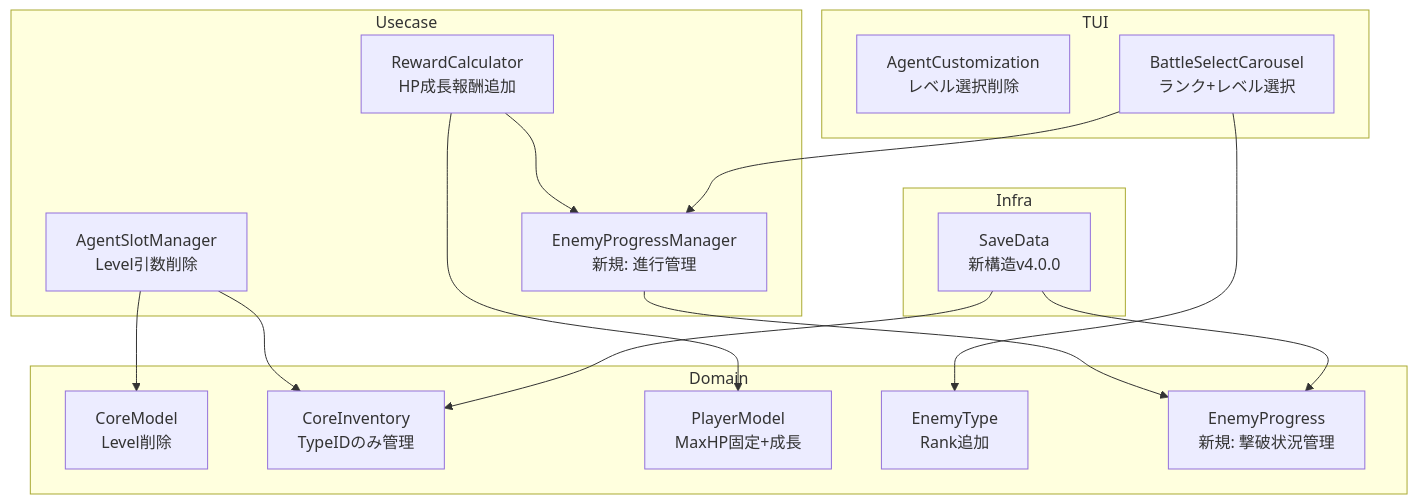
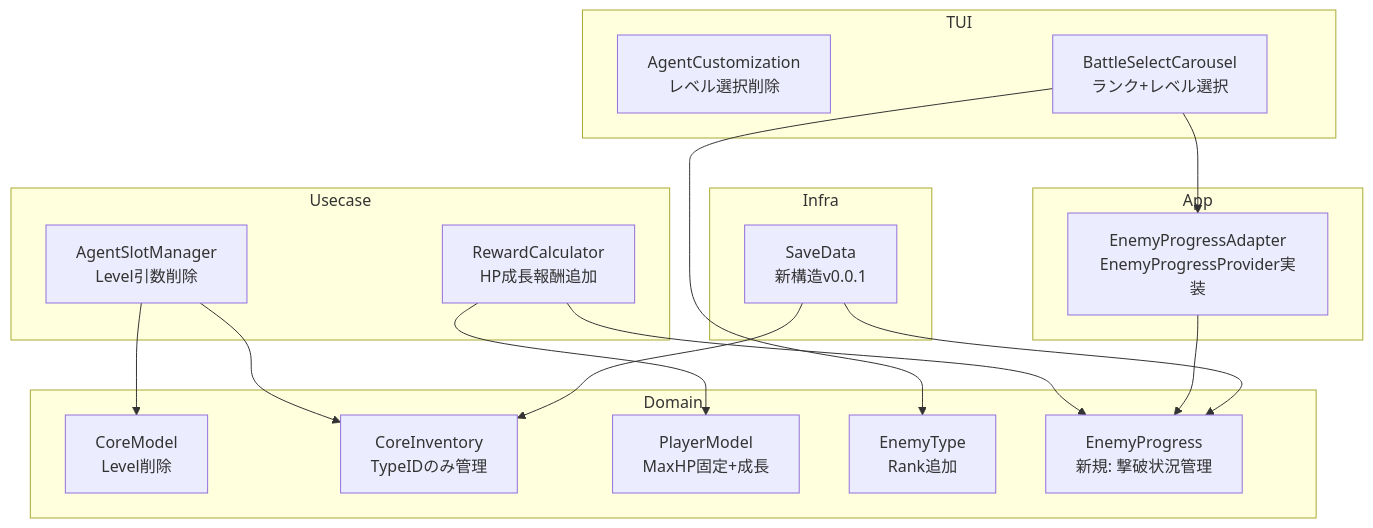
Before and after one commit to hirorocky/BlitzTypingOperator: the first of 4 diagrams in .kiro/specs/core-level-removal/design.md, drawn with Mermaid. The commit also changed other lines of this file and 6 other files, not shown here.

````diff
--- a/.kiro/specs/core-level-removal/design.md
+++ b/.kiro/specs/core-level-removal/design.md
@@ -41,35 +41,38 @@
 ```mermaid
 graph TB
     subgraph Domain
         CoreModel[CoreModel<br>Level削除]
         CoreInventory[CoreInventory<br>TypeIDのみ管理]
         PlayerModel[PlayerModel<br>MaxHP固定+成長]
         EnemyType[EnemyType<br>Rank追加]
         EnemyProgress[EnemyProgress<br>新規: 撃破状況管理]
     end
 
     subgraph Usecase
         SlotManager[AgentSlotManager<br>Level引数削除]
         RewardCalc[RewardCalculator<br>HP成長報酬追加]
-        ProgressManager[EnemyProgressManager<br>新規: 進行管理]
+    end
+
+    subgraph App
+        ProgressAdapter[EnemyProgressAdapter<br>EnemyProgressProvider実装]
     end
 
     subgraph Infra
-        SaveData[SaveData<br>新構造v4.0.0]
+        SaveData[SaveData<br>新構造v0.0.1]
     end
 
     subgraph TUI
         AgentCustom[AgentCustomization<br>レベル選択削除]
         BattleSelect[BattleSelectCarousel<br>ランク+レベル選択]
     end
 
     SlotManager --> CoreModel
     SlotManager --> CoreInventory
     RewardCalc --> PlayerModel
-    RewardCalc --> ProgressManager
-    ProgressManager --> EnemyProgress
-    BattleSelect --> ProgressManager
+    RewardCalc --> EnemyProgress
+    ProgressAdapter --> EnemyProgress
+    BattleSelect --> ProgressAdapter
     BattleSelect --> EnemyType
     SaveData --> CoreInventory
     SaveData --> EnemyProgress
 ```
````
